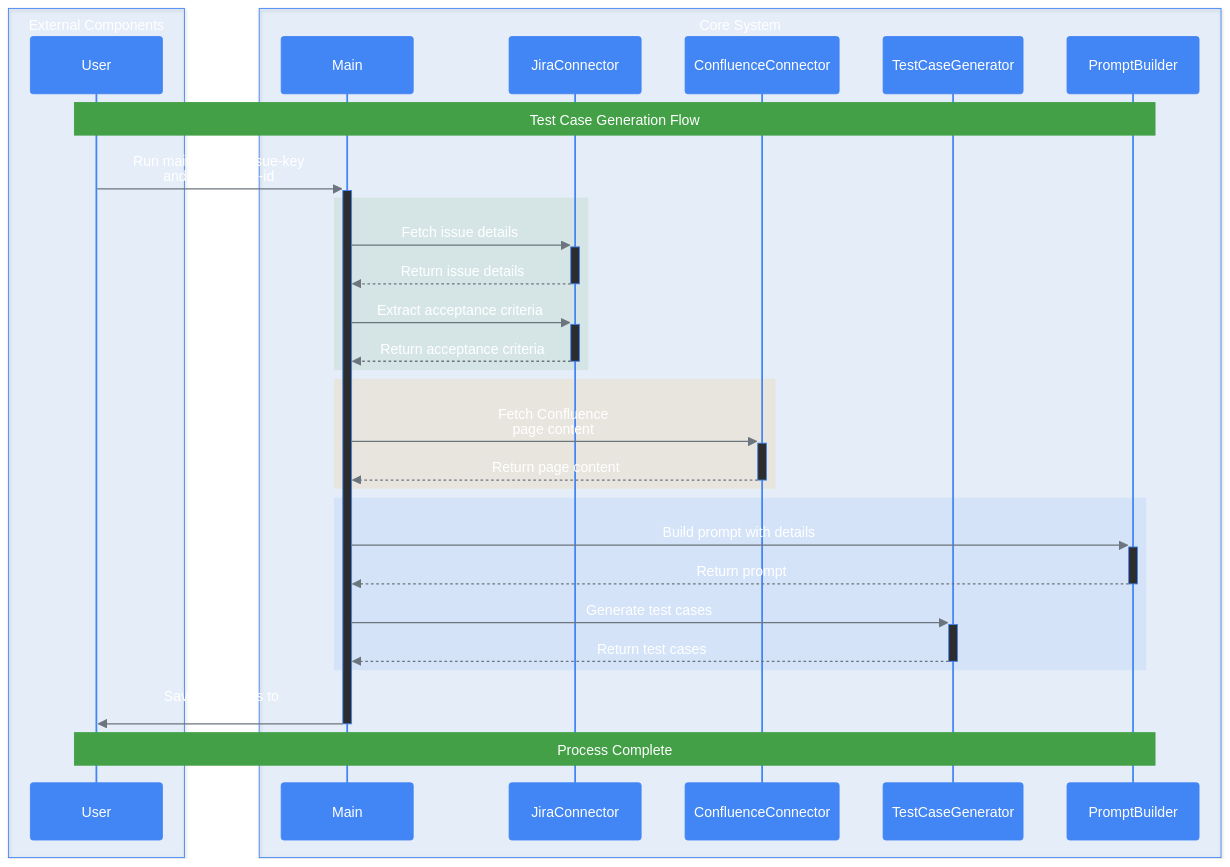
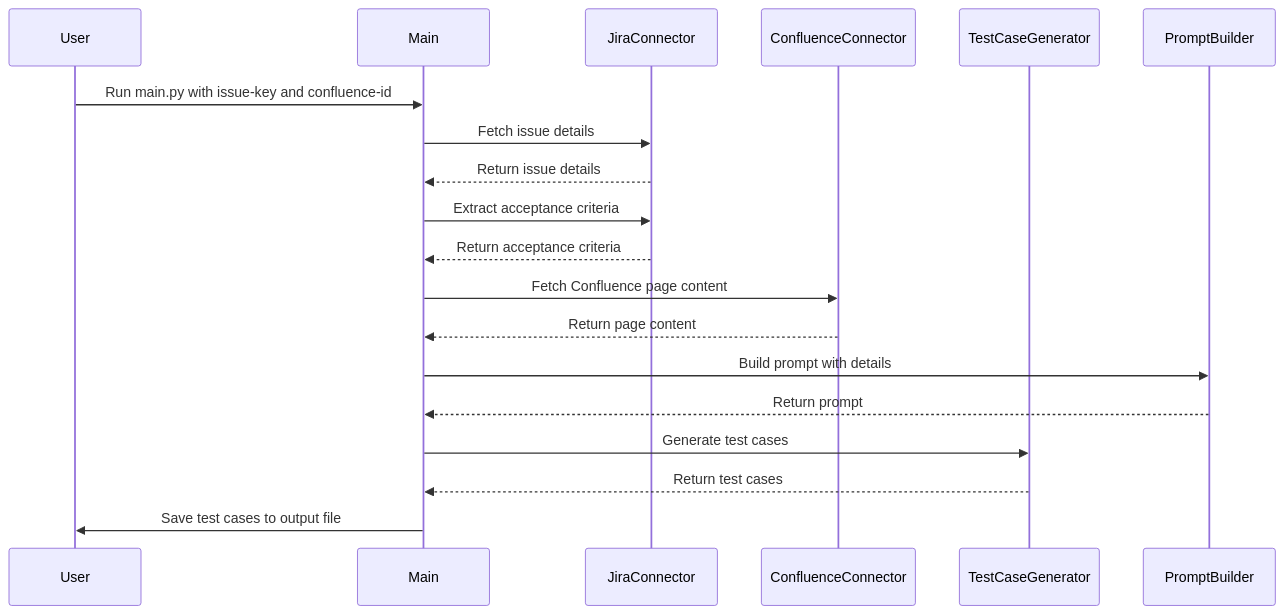
Before and after one commit to dipjyotimetia/friday: the diagram in docs/sequence_diagram.md, drawn with Mermaid. The commit also changed other lines of this file and 2 other files, not shown here.

Commit message:
minor updates

````diff
--- a/docs/sequence_diagram.md
+++ b/docs/sequence_diagram.md
@@ -5,68 +5,22 @@
 ```mermaid
-%%{init: {
-    'theme': 'base',
-    'themeVariables': {
-        'primaryColor': '#1a1a1a',
-        'primaryTextColor': '#fff',
-        'primaryBorderColor': '#4285f4',
-        'lineColor': '#4285f4',
-        'secondaryColor': '#2d2d2d',
-        'tertiaryColor': '#2d2d2d',
-        'actorBkg': '#4285f4',
-        'actorTextColor': '#fff',
-        'actorLineColor': '#4285f4',
-        'signalColor': '#6c757d',
-        'signalTextColor': '#fff',
-        'labelBoxBkgColor': '#2d2d2d',
-        'labelBoxBorderColor': '#4285f4',
-        'labelTextColor': '#fff',
-        'loopTextColor': '#fff',
-        'noteBorderColor': '#43a047',
-        'noteBkgColor': '#43a047',
-        'noteTextColor': '#fff',
-        'activationBorderColor': '#4285f4',
-        'activationBkgColor': '#2d2d2d',
-        'sequenceNumberColor': '#fff'
-    }
-}}%%
-
 sequenceDiagram
-    box rgba(66, 133, 244, 0.1) External Components
     participant User
-    end
-    
-    box rgba(66, 133, 244, 0.1) Core System
     participant Main
     participant JiraConnector
     participant ConfluenceConnector
     participant TestCaseGenerator
     participant PromptBuilder
-    end
 
-    Note over User,PromptBuilder: Test Case Generation Flow
-
-    User->>+Main: Run main.py with issue-key<br/>and confluence-id
-    
-    rect rgba(67, 160, 71, 0.1)
-        Main->>+JiraConnector: Fetch issue details
-        JiraConnector-->>-Main: Return issue details
-        Main->>+JiraConnector: Extract acceptance criteria
-        JiraConnector-->>-Main: Return acceptance criteria
-    end
-    
-    rect rgba(255, 152, 0, 0.1)
-        Main->>+ConfluenceConnector: Fetch Confluence<br/>page content
-        ConfluenceConnector-->>-Main: Return page content
-    end
-    
-    rect rgba(66, 133, 244, 0.1)
-        Main->>+PromptBuilder: Build prompt with details
-        PromptBuilder-->>-Main: Return prompt
-        Main->>+TestCaseGenerator: Generate test cases
-        TestCaseGenerator-->>-Main: Return test cases
-    end
-    
-    Main->>-User: Save test cases to<br/>output file
-
-    Note over User,PromptBuilder: Process Complete
+    User->>Main: Run main.py with issue-key and confluence-id
+    Main->>JiraConnector: Fetch issue details
+    JiraConnector-->>Main: Return issue details
+    Main->>JiraConnector: Extract acceptance criteria
+    JiraConnector-->>Main: Return acceptance criteria
+    Main->>ConfluenceConnector: Fetch Confluence page content
+    ConfluenceConnector-->>Main: Return page content
+    Main->>PromptBuilder: Build prompt with details
+    PromptBuilder-->>Main: Return prompt
+    Main->>TestCaseGenerator: Generate test cases
+    TestCaseGenerator-->>Main: Return test cases
+    Main->>User: Save test cases to output file
 ```
````
